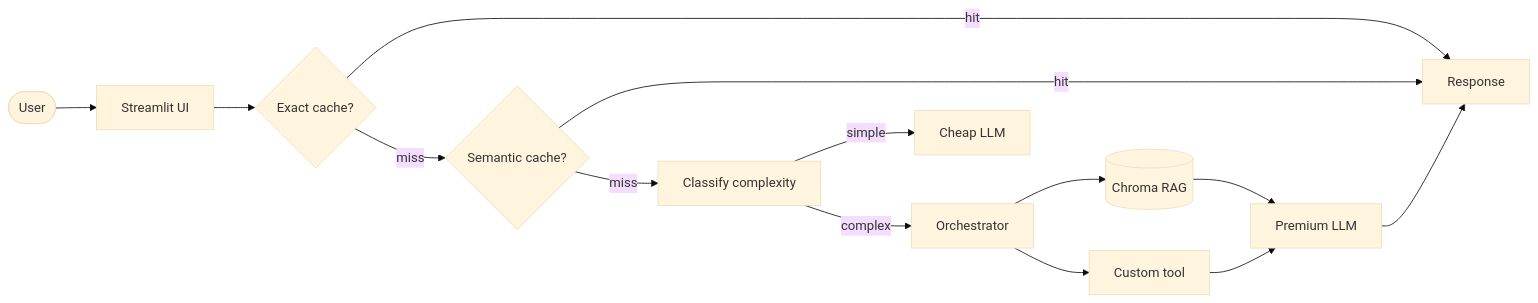
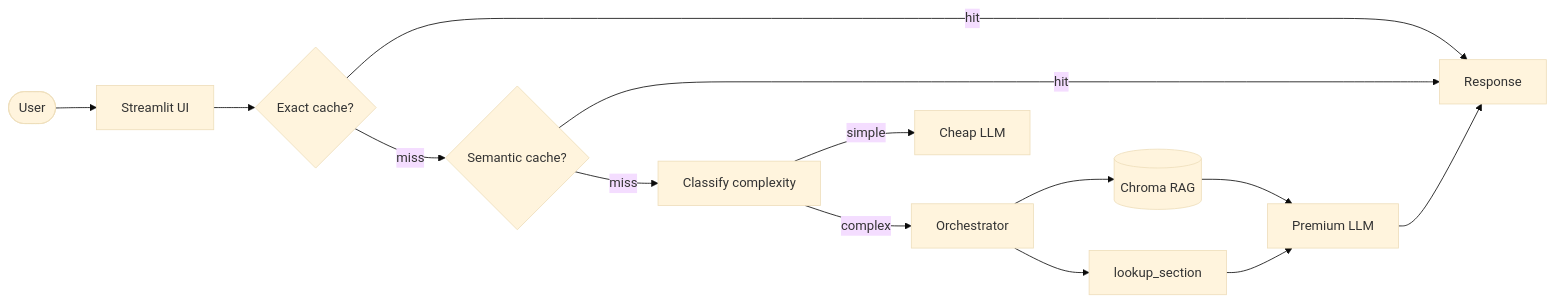
Before and after one commit to lhjundi/rag-portfolio: the diagram in README.md, drawn with Mermaid (base theme). The commit also changed other lines of this file, not shown here.

````diff
--- a/README.md
+++ b/README.md
@@ -19,16 +21,16 @@
 ```mermaid
 flowchart LR
     USER([User]) --> UI[Streamlit UI]
     UI --> CACHE{Exact cache?}
     CACHE -->|hit| RESP[Response]
     CACHE -->|miss| SEM{Semantic cache?}
     SEM -->|hit| RESP
     SEM -->|miss| CLS[Classify complexity]
     CLS -->|simple| CHEAP[Cheap LLM]
     CLS -->|complex| ORCH[Orchestrator]
     ORCH --> RAG[(Chroma RAG)]
-    ORCH --> TOOL[Custom tool]
+    ORCH --> TOOL[lookup_section]
     RAG --> PREMIUM[Premium LLM]
     TOOL --> PREMIUM
     PREMIUM --> RESP
 ```
````
